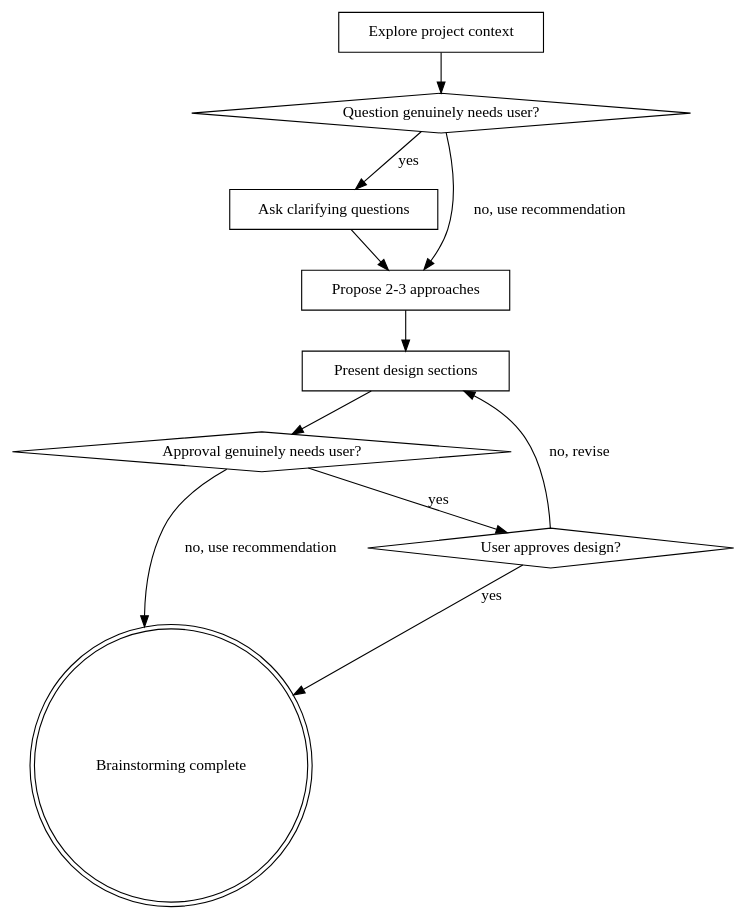
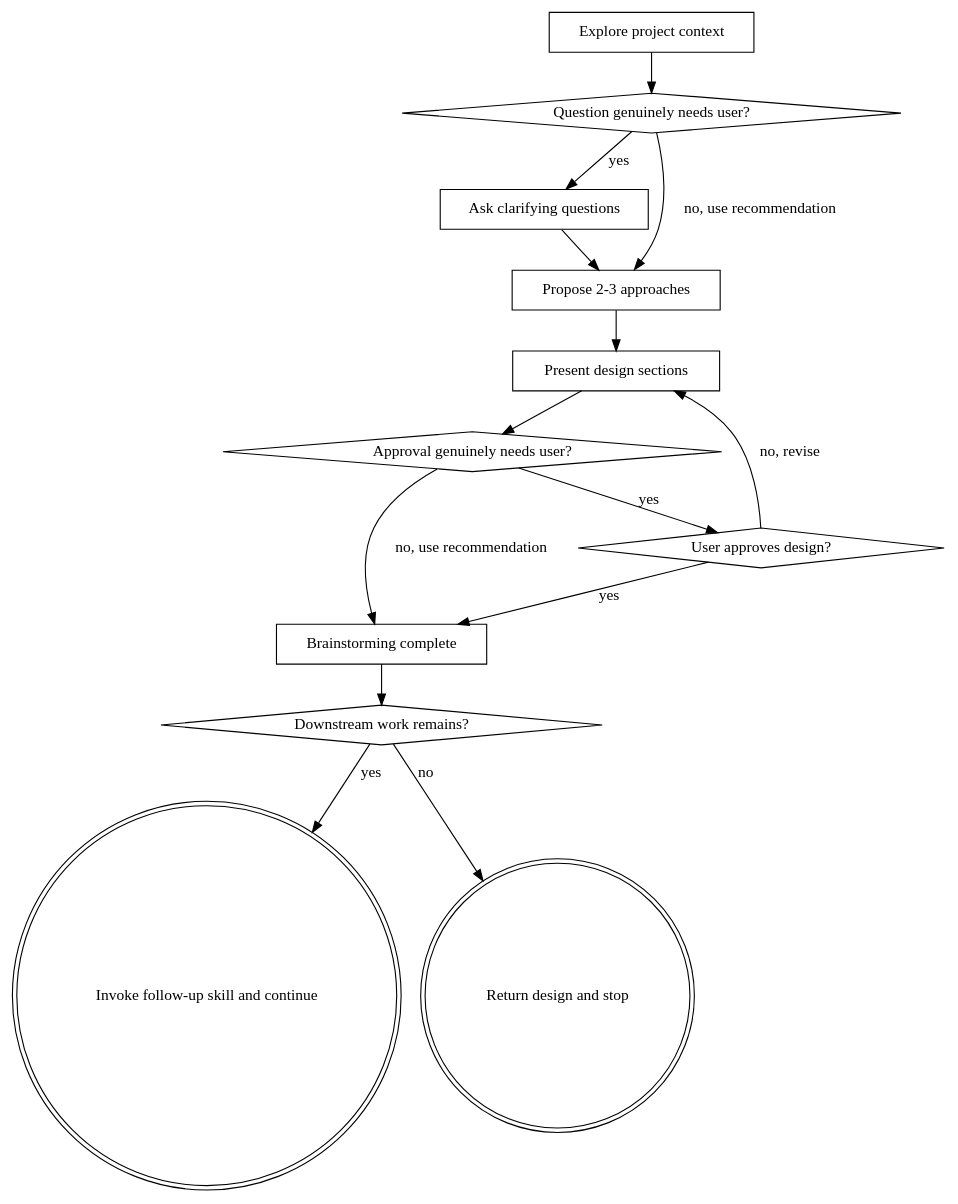
One commit to dineway/dineway-skills changed the diagram in skills/dineway-brainstorming/SKILL.md. Above: the diagram before and after it, drawn with Graphviz. The commit also changed other lines of this file, not shown here.

Commit message:
feat: extend brainstorming skill with automatic downstream handoff

````diff
--- a/skills/dineway-brainstorming/SKILL.md
+++ b/skills/dineway-brainstorming/SKILL.md
@@ -33,23 +34,29 @@
 ```dot
 digraph dineway_brainstorming {
     "Explore project context" [shape=box];
     "Question genuinely needs user?" [shape=diamond];
     "Ask clarifying questions" [shape=box];
     "Propose 2-3 approaches" [shape=box];
     "Present design sections" [shape=box];
     "Approval genuinely needs user?" [shape=diamond];
     "User approves design?" [shape=diamond];
-    "Brainstorming complete" [shape=doublecircle];
+    "Brainstorming complete" [shape=box];
+    "Downstream work remains?" [shape=diamond];
+    "Invoke follow-up skill and continue" [shape=doublecircle];
+    "Return design and stop" [shape=doublecircle];
 
     "Explore project context" -> "Question genuinely needs user?";
     "Question genuinely needs user?" -> "Propose 2-3 approaches" [label="no, use recommendation"];
     "Question genuinely needs user?" -> "Ask clarifying questions" [label="yes"];
     "Ask clarifying questions" -> "Propose 2-3 approaches";
     "Propose 2-3 approaches" -> "Present design sections";
     "Present design sections" -> "Approval genuinely needs user?";
     "Approval genuinely needs user?" -> "Brainstorming complete" [label="no, use recommendation"];
     "Approval genuinely needs user?" -> "User approves design?" [label="yes"];
     "User approves design?" -> "Present design sections" [label="no, revise"];
     "User approves design?" -> "Brainstorming complete" [label="yes"];
+    "Brainstorming complete" -> "Downstream work remains?";
+    "Downstream work remains?" -> "Invoke follow-up skill and continue" [label="yes"];
+    "Downstream work remains?" -> "Return design and stop" [label="no"];
 }
 ```
````
